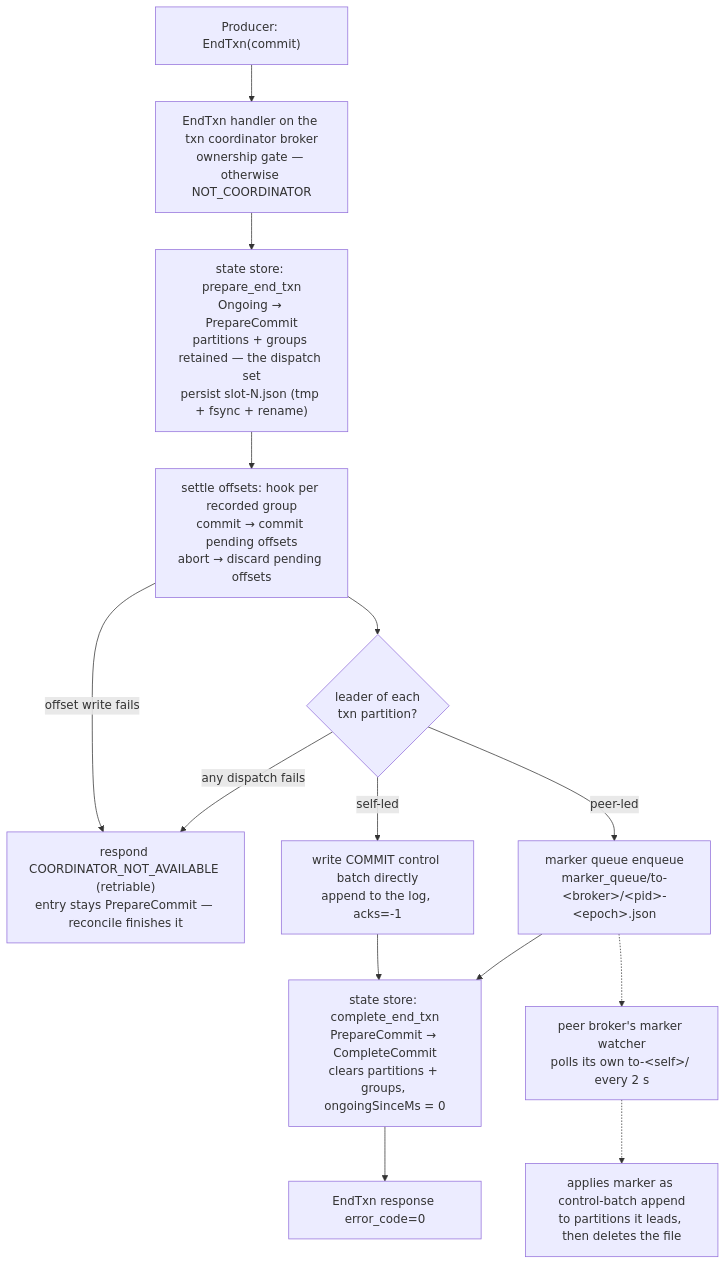
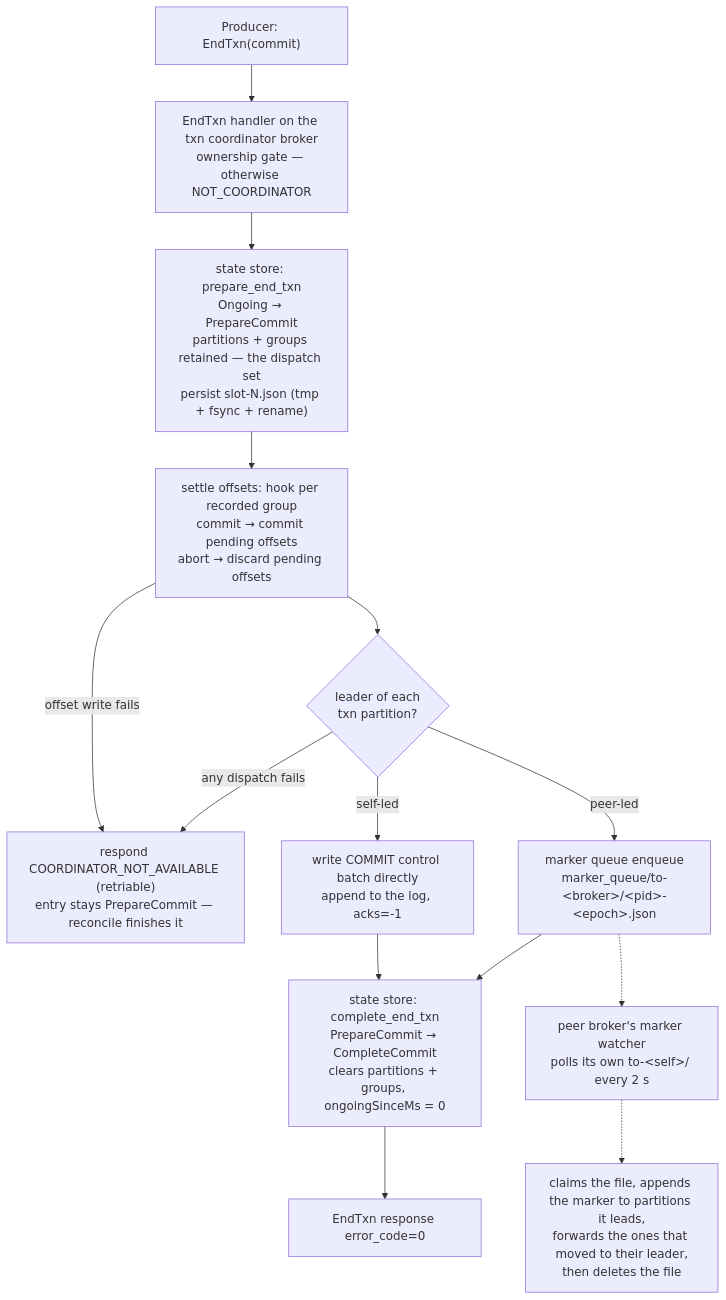
Before and after one commit to kaas-rs/kaas-broker: the second of 2 diagrams in docs/src/architecture/transactions.md, drawn with Mermaid. The commit also changed other lines of this file and 11 other files, not shown here.

````diff
--- a/docs/src/architecture/transactions.md
+++ b/docs/src/architecture/transactions.md
@@ -160,16 +160,16 @@
 ```mermaid
 flowchart TD
     producer["Producer: EndTxn(commit)"] --> handler["EndTxn handler on the txn coordinator broker<br/>ownership gate — otherwise NOT_COORDINATOR"]
     handler --> prepare["state store: prepare_end_txn<br/>Ongoing → PrepareCommit<br/>partitions + groups retained — the dispatch set<br/>persist slot-N.json (tmp + fsync + rename)"]
     prepare --> hook["settle offsets: hook per recorded group<br/>commit → commit pending offsets<br/>abort → discard pending offsets"]
     hook -- "offset write fails" --> retriable
     hook --> split{"leader of each<br/>txn partition?"}
     split -- "self-led" --> local["write COMMIT control batch directly<br/>append to the log, acks=-1"]
     split -- "peer-led" --> enqueue["marker queue enqueue<br/>marker_queue/to-&lt;broker&gt;/&lt;pid&gt;-&lt;epoch&gt;.json"]
     local --> complete["state store: complete_end_txn<br/>PrepareCommit → CompleteCommit<br/>clears partitions + groups, ongoingSinceMs = 0"]
     enqueue --> complete
     complete --> respond["EndTxn response error_code=0"]
     split -- "any dispatch fails" --> retriable["respond COORDINATOR_NOT_AVAILABLE (retriable)<br/>entry stays PrepareCommit — reconcile finishes it"]
     enqueue -.-> watcher["peer broker's marker watcher<br/>polls its own to-&lt;self&gt;/ every 2 s"]
-    watcher -.-> apply["applies marker as control-batch append<br/>to partitions it leads, then deletes the file"]
+    watcher -.-> apply["claims the file, appends the marker to partitions it leads,<br/>forwards the ones that moved to their leader,<br/>then deletes the file"]
 ```
````
